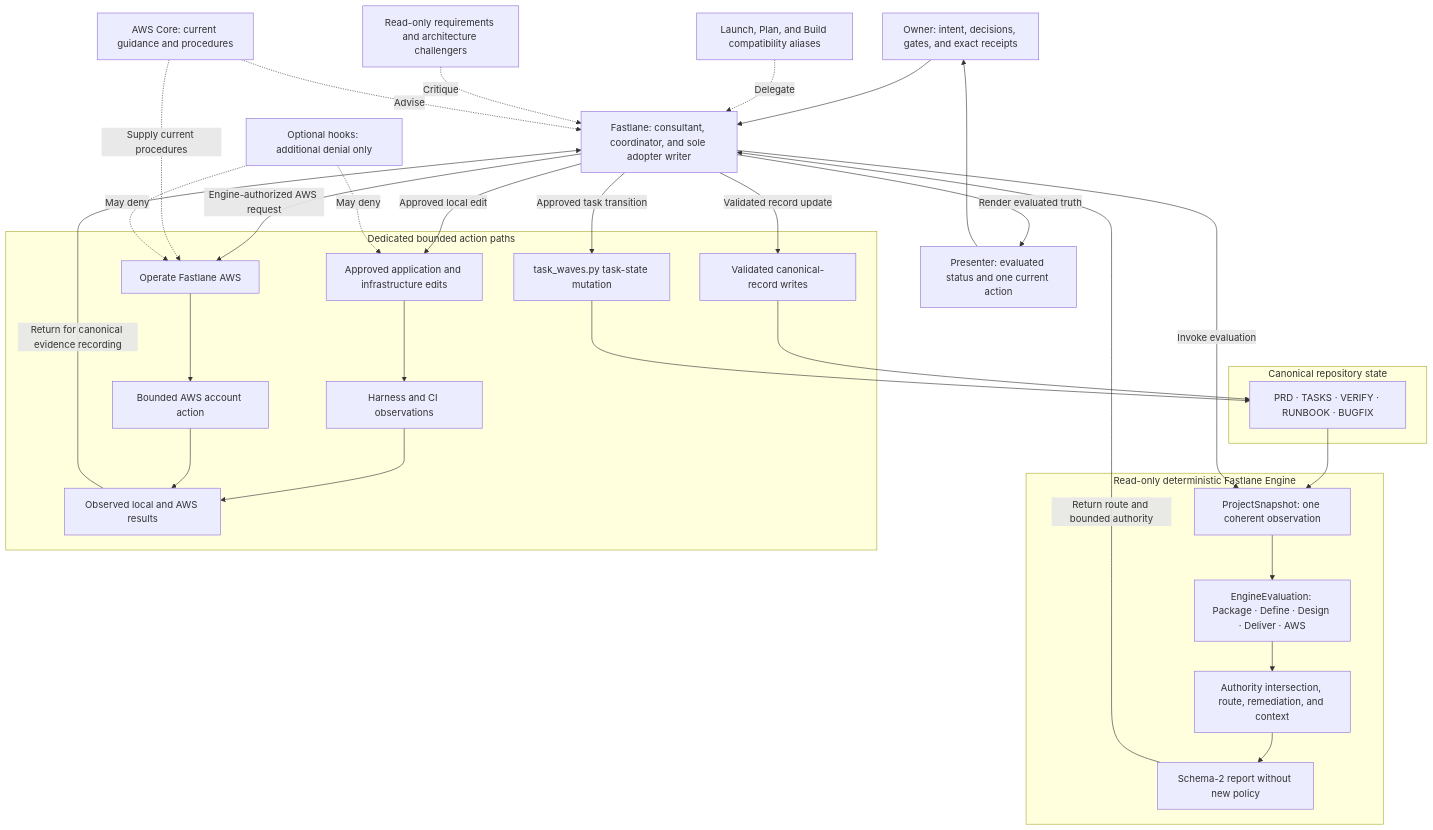
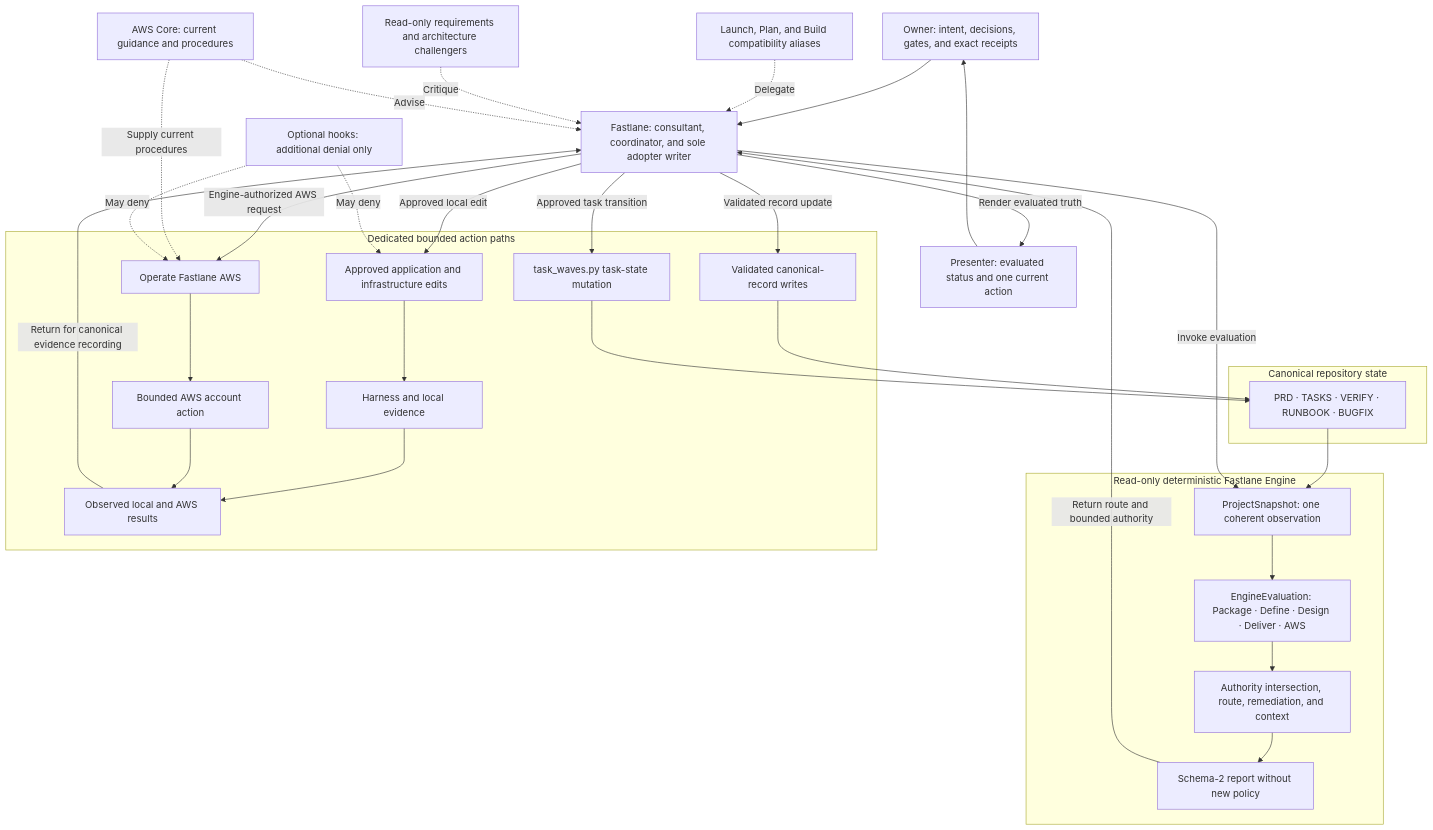
One commit to Levi-Breedlove/codex-aws-aidlc changed the second of 2 diagrams in docs/WORKFLOW.md. Above: the diagram before and after it, drawn with Mermaid. The commit also changed 17 other files, not shown here.

````diff
--- a/docs/WORKFLOW.md
+++ b/docs/WORKFLOW.md
@@ -164,56 +164,56 @@
 ```mermaid
 flowchart TB
     accTitle: Fastlane technical control plane and evidence loop
     accDescr: One coordinator evaluates canonical repository state through a read-only Engine, invokes only bounded action paths, and returns every observed result for canonical recording and reevaluation.
 
     OWNER["Owner: intent, decisions, gates, and exact receipts"]
     COORD["Fastlane: consultant, coordinator, and sole adopter writer"]
     PRESENTER["Presenter: evaluated status and one current action"]
     ALIASES["Launch, Plan, and Build compatibility aliases"]
     CRITICS["Read-only requirements and architecture challengers"]
     AWSCORE["AWS Core: current guidance and procedures"]
     HOOKS["Optional hooks: additional denial only"]
 
     subgraph STATE["Canonical repository state"]
         RECORDS["PRD · TASKS · VERIFY · RUNBOOK · BUGFIX"]
     end
 
     subgraph ENGINE["Read-only deterministic Fastlane Engine"]
         SNAP["ProjectSnapshot: one coherent observation"]
         EVAL["EngineEvaluation: Package · Define · Design · Deliver · AWS"]
         AUTH["Authority intersection, route, remediation, and context"]
         REPORT["Schema-2 report without new policy"]
 
         SNAP --> EVAL --> AUTH --> REPORT
     end
 
     subgraph PATHS["Dedicated bounded action paths"]
         WRITES["Validated canonical-record writes"]
         TASKSTATE["task_waves.py task-state mutation"]
         LOCAL["Approved application and infrastructure edits"]
-        CHECKS["Harness and CI observations"]
+        CHECKS["Harness and local evidence"]
         OPERATE["Operate Fastlane AWS"]
         ACCOUNT["Bounded AWS account action"]
         RESULTS["Observed local and AWS results"]
     end
 
     OWNER --> COORD
     ALIASES -. "Delegate" .-> COORD
     CRITICS -. "Critique" .-> COORD
     AWSCORE -. "Advise" .-> COORD
 
     RECORDS --> SNAP
     COORD -->|"Invoke evaluation"| SNAP
     REPORT -->|"Return route and bounded authority"| COORD
     COORD -->|"Render evaluated truth"| PRESENTER --> OWNER
 
     COORD -->|"Validated record update"| WRITES --> RECORDS
     COORD -->|"Approved task transition"| TASKSTATE --> RECORDS
     COORD -->|"Approved local edit"| LOCAL --> CHECKS --> RESULTS
     COORD -->|"Engine-authorized AWS request"| OPERATE --> ACCOUNT --> RESULTS
 
     AWSCORE -. "Supply current procedures" .-> OPERATE
     HOOKS -. "May deny" .-> LOCAL
     HOOKS -. "May deny" .-> OPERATE
     RESULTS -->|"Return for canonical evidence recording"| COORD
 ```
````
